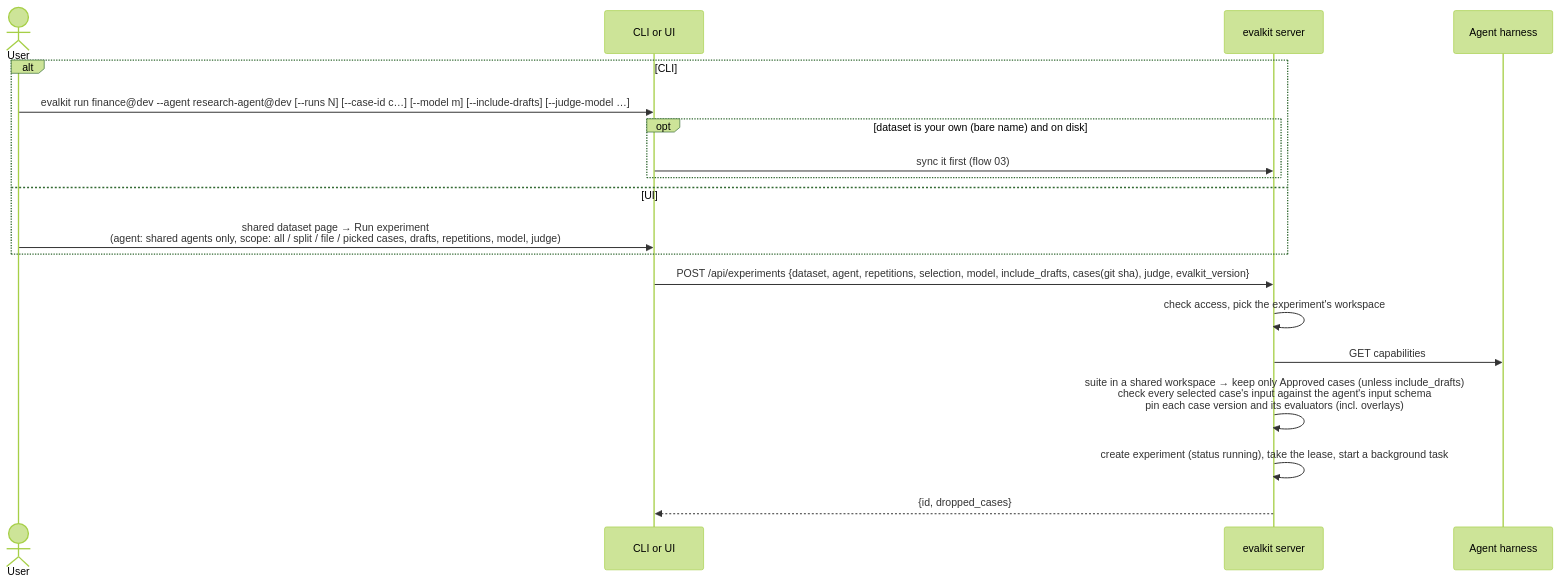
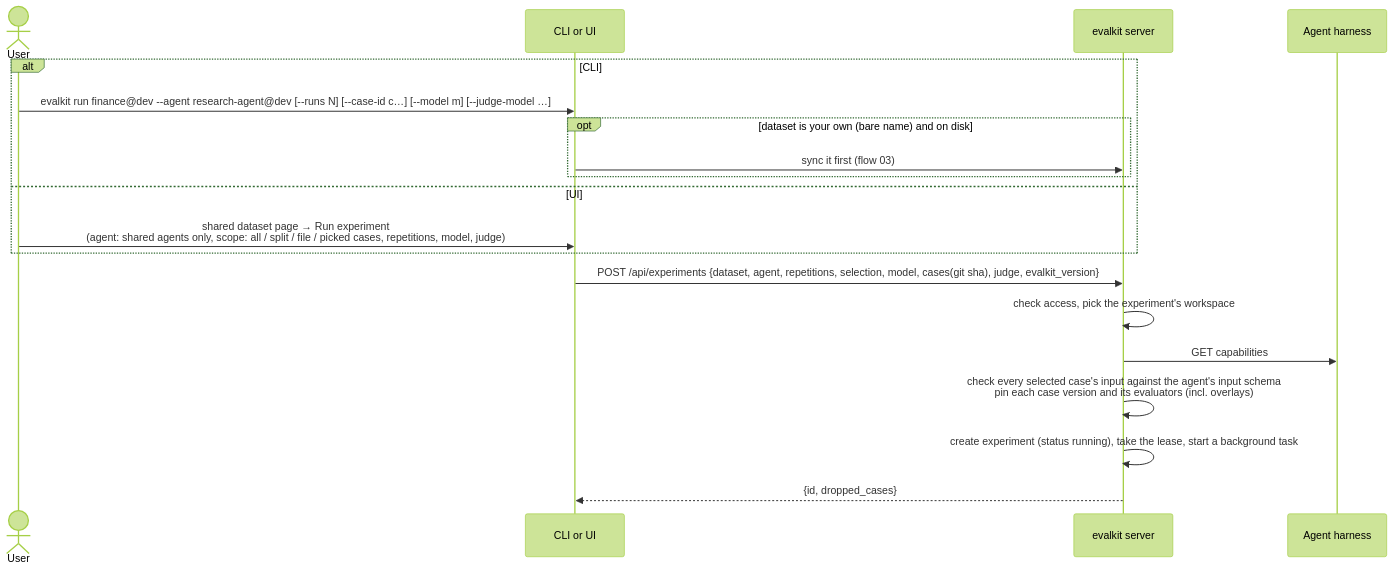
One commit to inferedge-ai/evalkit changed the first of 3 diagrams in docs/flows/06-server-run.md. Above: the diagram before and after it, drawn with Mermaid (forest theme). The commit also changed other lines of this file and 75 other files, not shown here.

````diff
--- a/docs/flows/06-server-run.md
+++ b/docs/flows/06-server-run.md
@@ -20,21 +20,21 @@
 ```mermaid
 sequenceDiagram
   actor U as User
   participant C as CLI or UI
   participant S as evalkit server
   participant H as Agent harness
   alt CLI
-    U->>C: evalkit run finance@dev --agent research-agent@dev [--runs N] [--case-id c…] [--model m] [--include-drafts] [--judge-model …]
+    U->>C: evalkit run finance@dev --agent research-agent@dev [--runs N] [--case-id c…] [--model m] [--judge-model …]
     opt dataset is your own (bare name) and on disk
       C->>S: sync it first (flow 03)
     end
   else UI
-    U->>C: shared dataset page → Run experiment<br/>(agent: shared agents only, scope: all / split / file / picked cases, drafts, repetitions, model, judge)
+    U->>C: shared dataset page → Run experiment<br/>(agent: shared agents only, scope: all / split / file / picked cases, repetitions, model, judge)
   end
-  C->>S: POST /api/experiments {dataset, agent, repetitions, selection, model, include_drafts, cases(git sha), judge, evalkit_version}
+  C->>S: POST /api/experiments {dataset, agent, repetitions, selection, model, cases(git sha), judge, evalkit_version}
   S->>S: check access, pick the experiment's workspace
   S->>H: GET capabilities
-  S->>S: suite in a shared workspace → keep only Approved cases (unless include_drafts)<br/>check every selected case's input against the agent's input schema<br/>pin each case version and its evaluators (incl. overlays)
+  S->>S: check every selected case's input against the agent's input schema<br/>pin each case version and its evaluators (incl. overlays)
   S->>S: create experiment (status running), take the lease, start a background task
   S-->>C: {id, dropped_cases}
 ```
````
